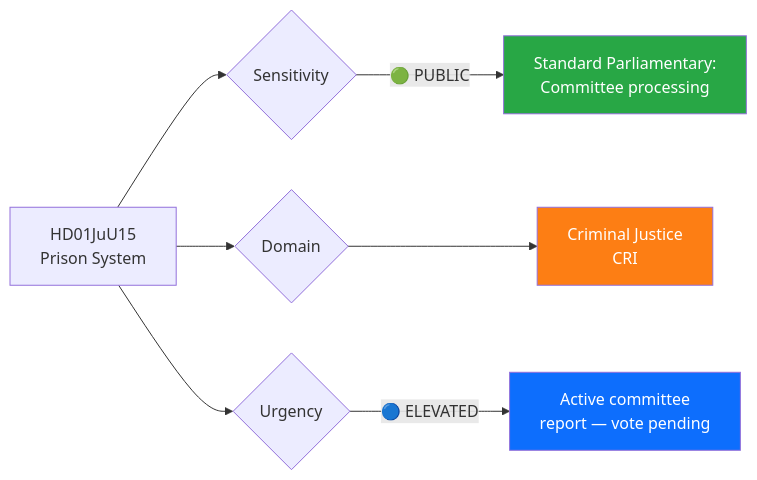
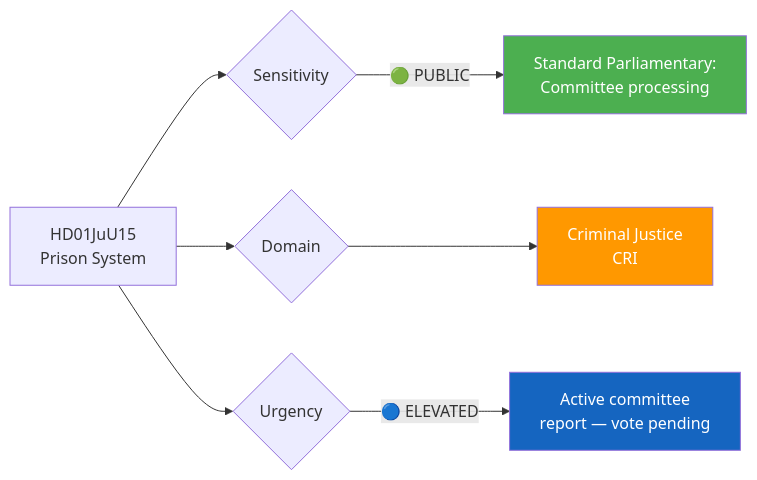
One commit to Hack23/riksdagsmonitor changed the diagram in analysis/daily/2026-04-03/realtime-1018/documents/HD01JuU15-analysis.md. Above: the diagram before and after it, drawn with Mermaid. The commit also changed 785 other files, not shown here.

First line of the commit message:
Normalize mermaid colors across 786 analysis artifacts to ISMS Style Guide palette

````diff
--- a/analysis/daily/2026-04-03/realtime-1018/documents/HD01JuU15-analysis.md
+++ b/analysis/daily/2026-04-03/realtime-1018/documents/HD01JuU15-analysis.md
@@ -27,15 +27,15 @@
 ```mermaid
 graph LR
     A["HD01JuU15<br/>Prison System"] --> B{Sensitivity}
     B -->|"🟢 PUBLIC"| E["Standard Parliamentary:<br/>Committee processing"]
 
     A --> G{Domain}
     G --> H["Criminal Justice<br/>CRI"]
 
     A --> I{Urgency}
     I -->|"🔵 ELEVATED"| L["Active committee<br/>report — vote pending"]
 
-    style E fill:#28a745,color:#fff
-    style H fill:#fd7e14,color:#fff
-    style L fill:#0d6efd,color:#fff
+    style E fill:#4CAF50,color:#FFFFFF
+    style H fill:#FF9800,color:#FFFFFF
+    style L fill:#1565C0,color:#FFFFFF
 ```
````
